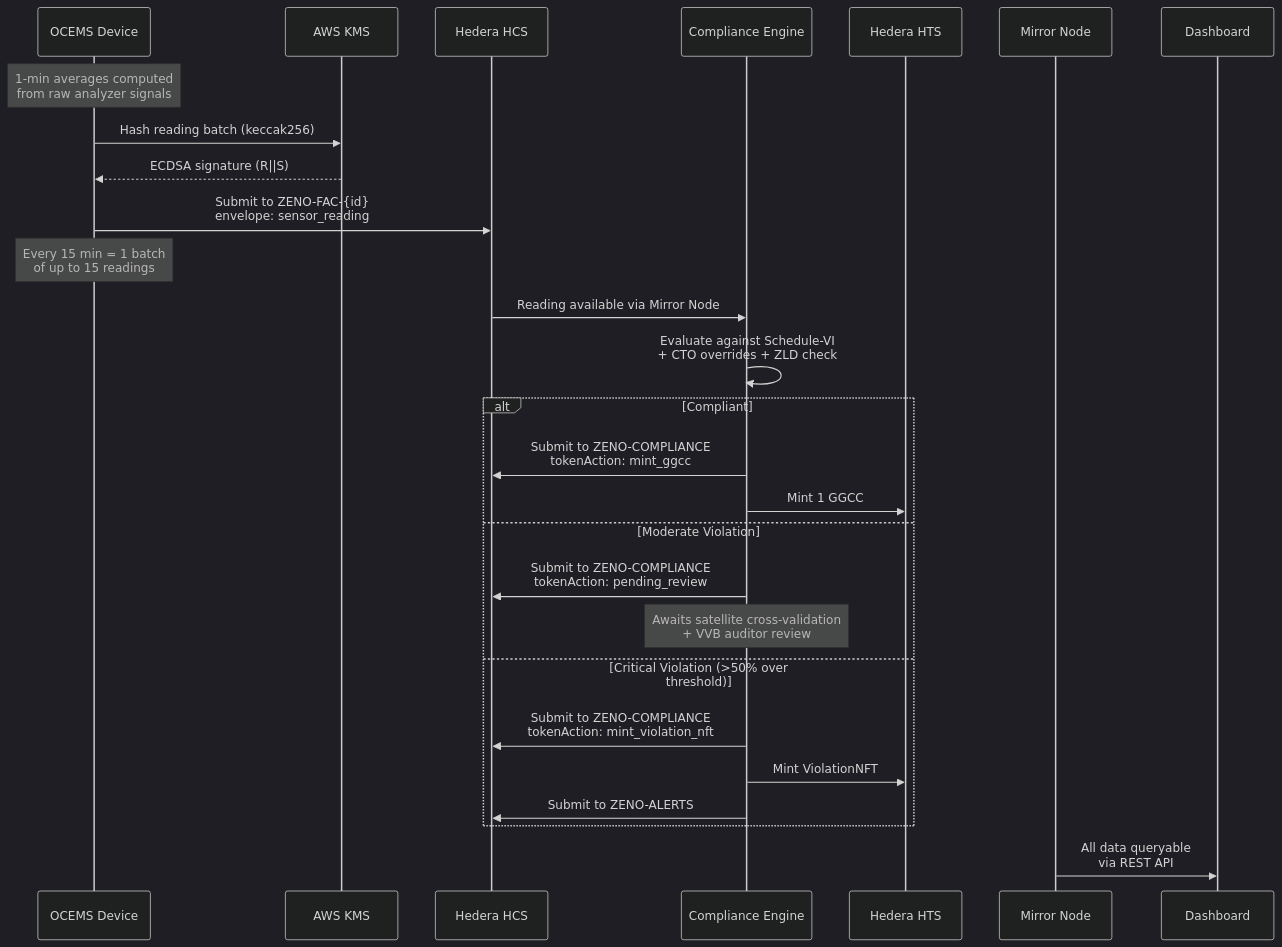
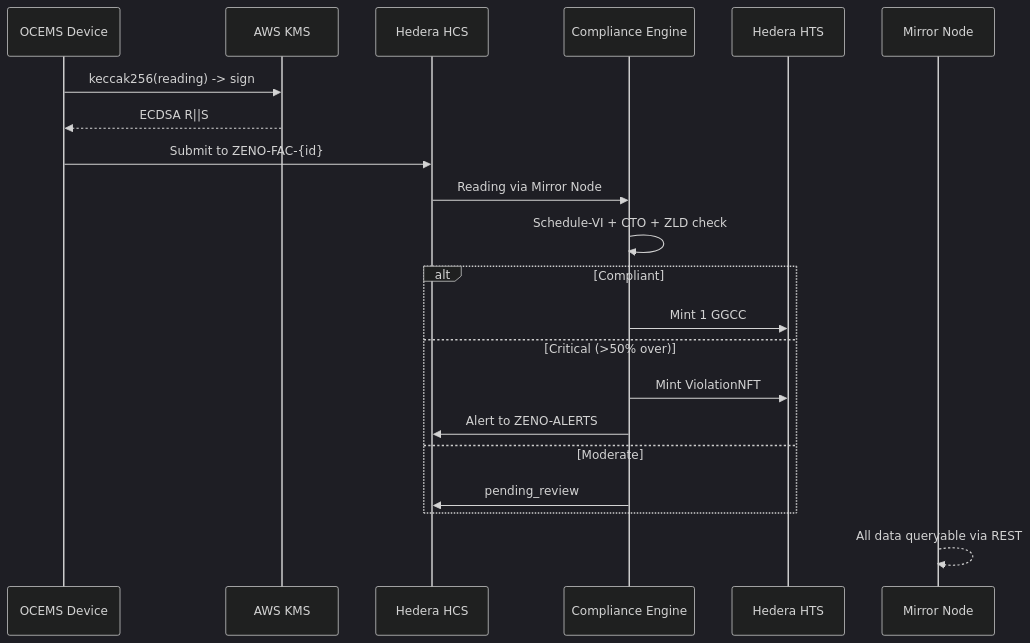
One commit to akash-mondal/zeno changed the first of 3 diagrams in packages/blockchain/README.md. Above: the diagram before and after it, drawn with Mermaid (dark theme). The commit also changed other lines of this file and 13 other files, not shown here.

Commit message:
trim docs: delete redundant files, rewrite READMEs lean with mermaid diagrams

````diff
--- a/packages/blockchain/README.md
+++ b/packages/blockchain/README.md
@@ -46,36 +7,26 @@
 ```mermaid
 sequenceDiagram
     participant Device as OCEMS Device
     participant KMS as AWS KMS
     participant HCS as Hedera HCS
     participant Engine as Compliance Engine
     participant HTS as Hedera HTS
     participant Mirror as Mirror Node
-    participant Dashboard as Dashboard
 
-    Note over Device: 1-min averages computed<br/>from raw analyzer signals
-
-    Device->>KMS: Hash reading batch (keccak256)
-    KMS-->>Device: ECDSA signature (R||S)
-
-    Device->>HCS: Submit to ZENO-FAC-{id}<br/>envelope: sensor_reading
-
-    Note over Device: Every 15 min = 1 batch<br/>of up to 15 readings
-
-    HCS->>Engine: Reading available via Mirror Node
-    Engine->>Engine: Evaluate against Schedule-VI<br/>+ CTO overrides + ZLD check
+    Device->>KMS: keccak256(reading) -> sign
+    KMS-->>Device: ECDSA R||S
+    Device->>HCS: Submit to ZENO-FAC-{id}
+    HCS->>Engine: Reading via Mirror Node
+    Engine->>Engine: Schedule-VI + CTO + ZLD check
 
     alt Compliant
-        Engine->>HCS: Submit to ZENO-COMPLIANCE<br/>tokenAction: mint_ggcc
         Engine->>HTS: Mint 1 GGCC
-    else Moderate Violation
-        Engine->>HCS: Submit to ZENO-COMPLIANCE<br/>tokenAction: pending_review
-        Note over Engine: Awaits satellite cross-validation<br/>+ VVB auditor review
-    else Critical Violation (>50% over threshold)
-        Engine->>HCS: Submit to ZENO-COMPLIANCE<br/>tokenAction: mint_violation_nft
+    else Critical (>50% over)
         Engine->>HTS: Mint ViolationNFT
-        Engine->>HCS: Submit to ZENO-ALERTS
+        Engine->>HCS: Alert to ZENO-ALERTS
+    else Moderate
+        Engine->>HCS: pending_review
     end
 
-    Mirror->>Dashboard: All data queryable<br/>via REST API
+    Mirror-->>Mirror: All data queryable via REST
 ```
````
